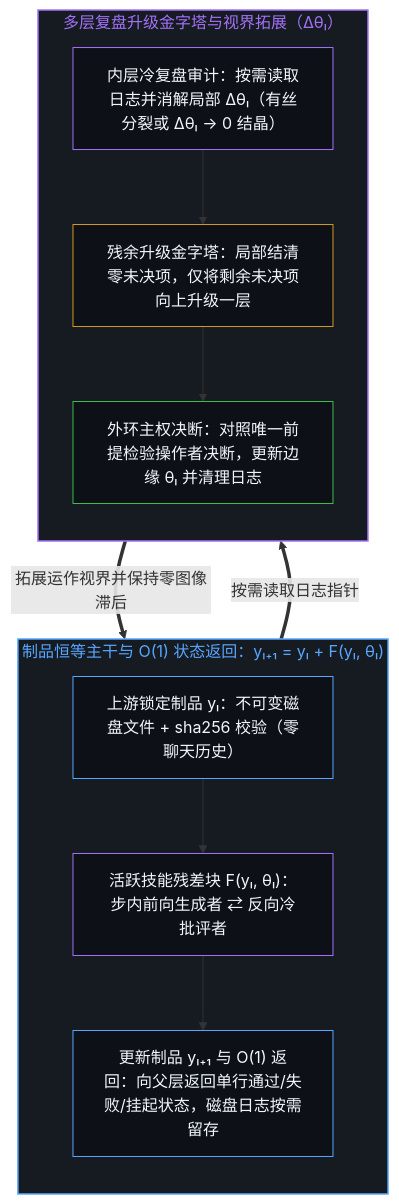
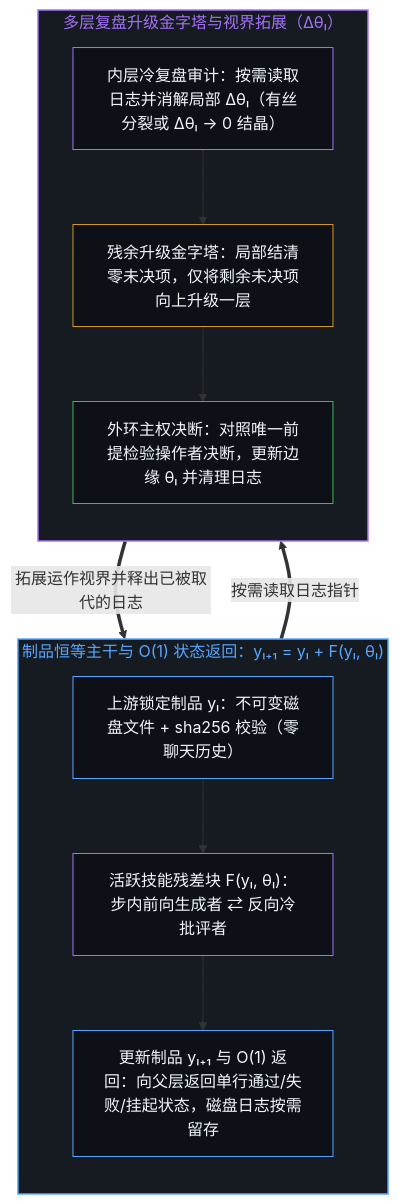
Before and after one commit to powerpig99/not-a-toe: the third of 4 diagrams in content/posts/dynamic-resnet-of-skill-loops.md, drawn with Mermaid. The commit also changed other lines of this file and 13 other files, not shown here.

````diff
--- a/content/posts/dynamic-resnet-of-skill-loops.md
+++ b/content/posts/dynamic-resnet-of-skill-loops.md
@@ -115,27 +115,27 @@
 ```mermaid
 flowchart TD
     subgraph S_Highway["制品恒等主干与 O(1) 状态返回：yₗ₊₁ = yₗ + F(yₗ, θₗ)"]
         direction TB
         H_In["上游锁定制品 yₗ：不可变磁盘文件 + sha256 校验（零聊天历史）"]
         H_Block["活跃技能残差块 F(yₗ, θₗ)：步内前向生成者 ⇄ 反向冷批评者"]
         H_Out["更新制品 yₗ₊₁ 与 O(1) 返回：向父层返回单行通过/失败/挂起状态，磁盘日志按需留存"]
         H_In --> H_Block --> H_Out
     end
     subgraph S_Dynamic["多层复盘升级金字塔与视界拓展（Δθₗ）"]
         direction TB
         D_Local["内层冷复盘审计：按需读取日志并消解局部 Δθₗ（有丝分裂或 Δθₗ → 0 结晶）"]
         D_Esc["残余升级金字塔：局部结清零未决项，仅将剩余未决项向上升级一层"]
         D_Ratify["外环主权决断：对照唯一前提检验操作者决断，更新边缘 θₗ 并清理日志"]
         D_Local --> D_Esc --> D_Ratify
     end
     H_Out ==>|"按需读取日志指针"| D_Local
-    D_Ratify ==>|"拓展运作视界并保持零图像滞后"| H_In
+    D_Ratify ==>|"拓展运作视界并释出已被取代的日志"| H_In
     style S_Highway fill:#161b22,stroke:#58a6ff,stroke-width:1.5px,color:#58a6ff
     style S_Dynamic fill:#161b22,stroke:#a371f7,stroke-width:1.5px,color:#a371f7
     style H_In fill:#0d1117,stroke:#58a6ff,stroke-width:1px,color:#f0f6fc
     style H_Block fill:#0d1117,stroke:#a371f7,stroke-width:1px,color:#f0f6fc
     style H_Out fill:#0d1117,stroke:#58a6ff,stroke-width:1px,color:#f0f6fc
     style D_Local fill:#0d1117,stroke:#a371f7,stroke-width:1px,color:#f0f6fc
     style D_Esc fill:#0d1117,stroke:#d29922,stroke-width:1px,color:#f0f6fc
     style D_Ratify fill:#0d1117,stroke:#3fb950,stroke-width:1px,color:#f0f6fc
 ```
````
